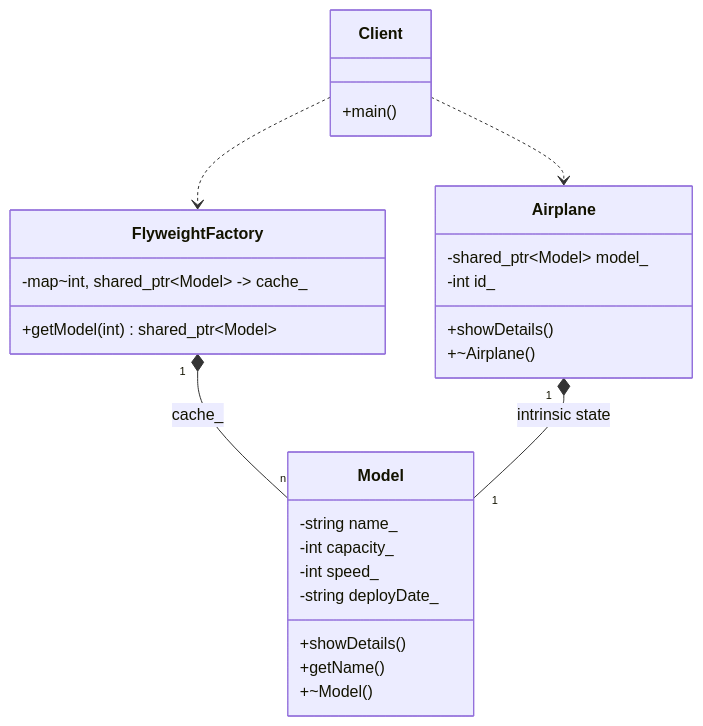
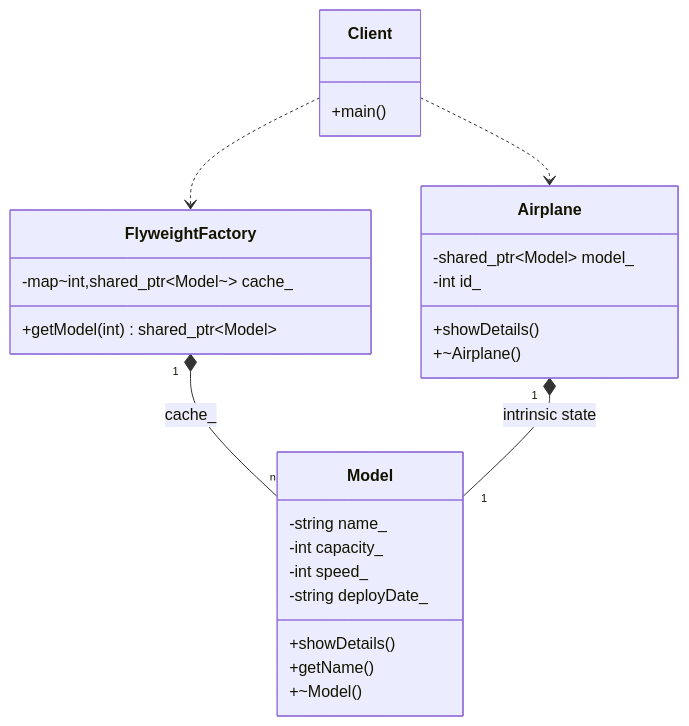
The diagram in 13_Flyweight/diagram.md (Cichlidfishexigency721/Modern-CPP-Design-Patterns), drawn with Mermaid before and after one commit.

Commit message:
UML improvement

````diff
--- a/13_Flyweight/diagram.md
+++ b/13_Flyweight/diagram.md
@@ -3,38 +3,38 @@
 ```mermaid
 classDiagram
    class Model {
       -string name_
       -int capacity_
       -int speed_
       -string deployDate_
       +showDetails()
       +getName()
       +~Model()
    }
 
    class FlyweightFactory {
-      -map~int, shared_ptr~Model~ -> cache_
+      -map~int,shared_ptr~Model~~ cache_
       +getModel(int) shared_ptr~Model~
    }
 
    class Airplane {
       -shared_ptr~Model~ model_
       -int id_
       +showDetails()
       +~Airplane()
    }
 
    class Client {
       +main()
    }
 
    %% The Factory owns and manages the pool of shared models
    FlyweightFactory "1" *-- "n" Model : cache_
 
    %% Many Airplanes share the same single Model instance
    Airplane "1" *-- "1" Model : intrinsic state
 
    %% Client interacts with the factory to get models and creates airplanes
    Client ..> FlyweightFactory
    Client ..> Airplane
 ```
````
